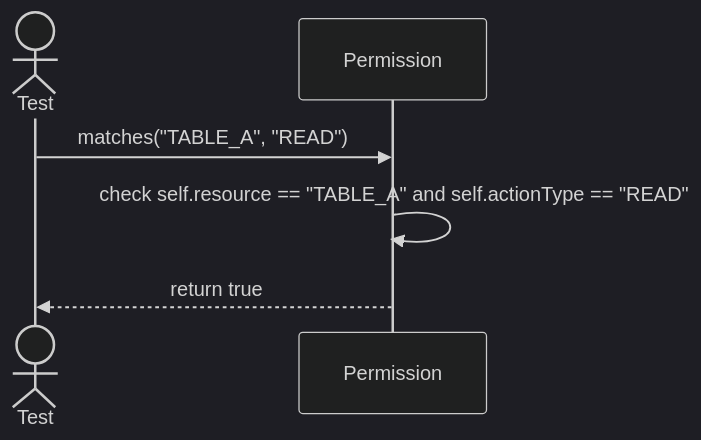
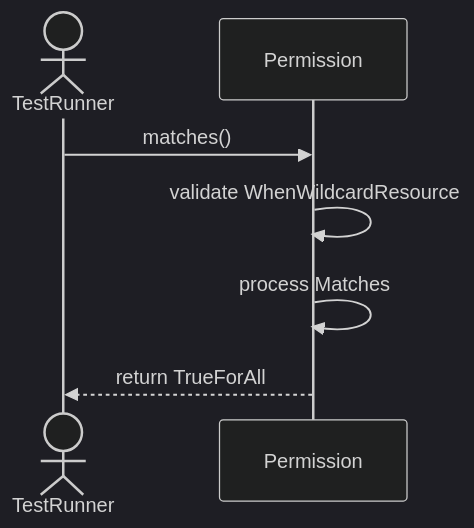
The third of 5 diagrams in Sequences/SecurityAccessControl/Permission.md (TamBui1706/DBMS), drawn with Mermaid (dark theme) before and after one commit. The commit also changed other lines of this file and 63 other files, not shown here.

Commit message:
Draw sequence diagram for unit tests

````diff
--- a/Sequences/SecurityAccessControl/Permission.md
+++ b/Sequences/SecurityAccessControl/Permission.md
@@ -27,9 +42,9 @@
 ```mermaid
 sequenceDiagram
-    actor Test
+    actor TestRunner
     participant Permission
-
-    Test->>Permission: matches("TABLE_A", "READ")
-    Permission->>Permission: check self.resource == "TABLE_A" and self.actionType == "READ"
-    Permission-->>Test: return true
+    TestRunner->>Permission: matches()
+    Permission->>Permission: validate WhenWildcardResource
+    Permission->>Permission: process Matches
+    Permission-->>TestRunner: return TrueForAll
 ```
````
